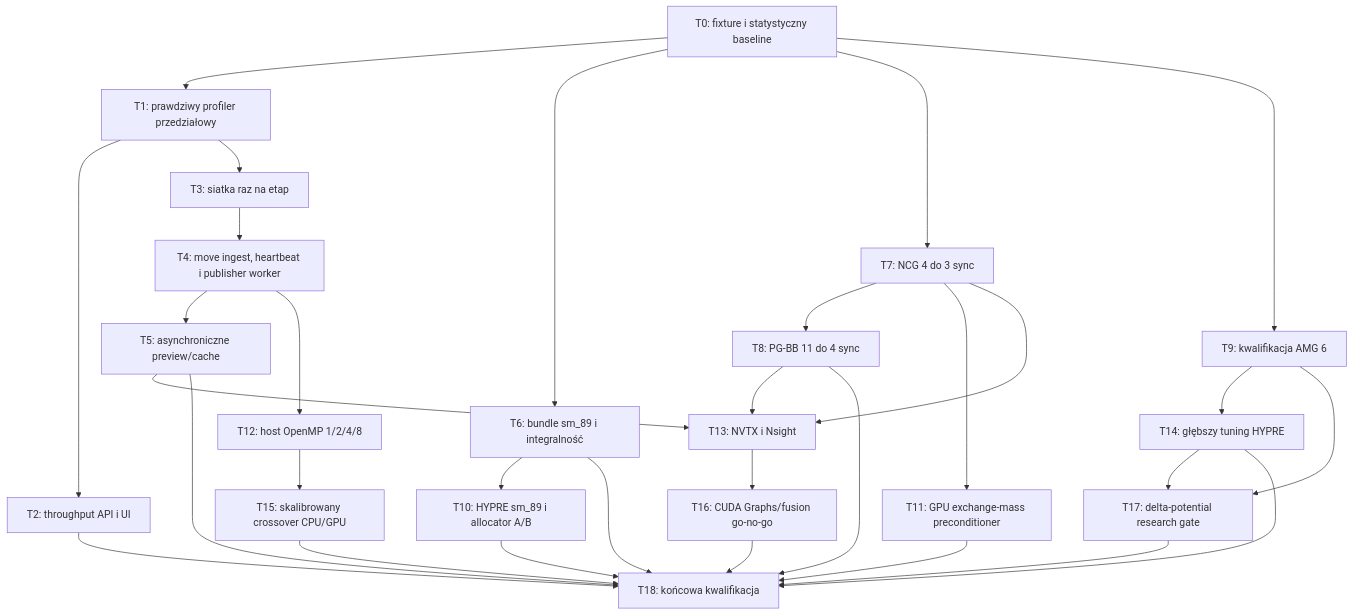
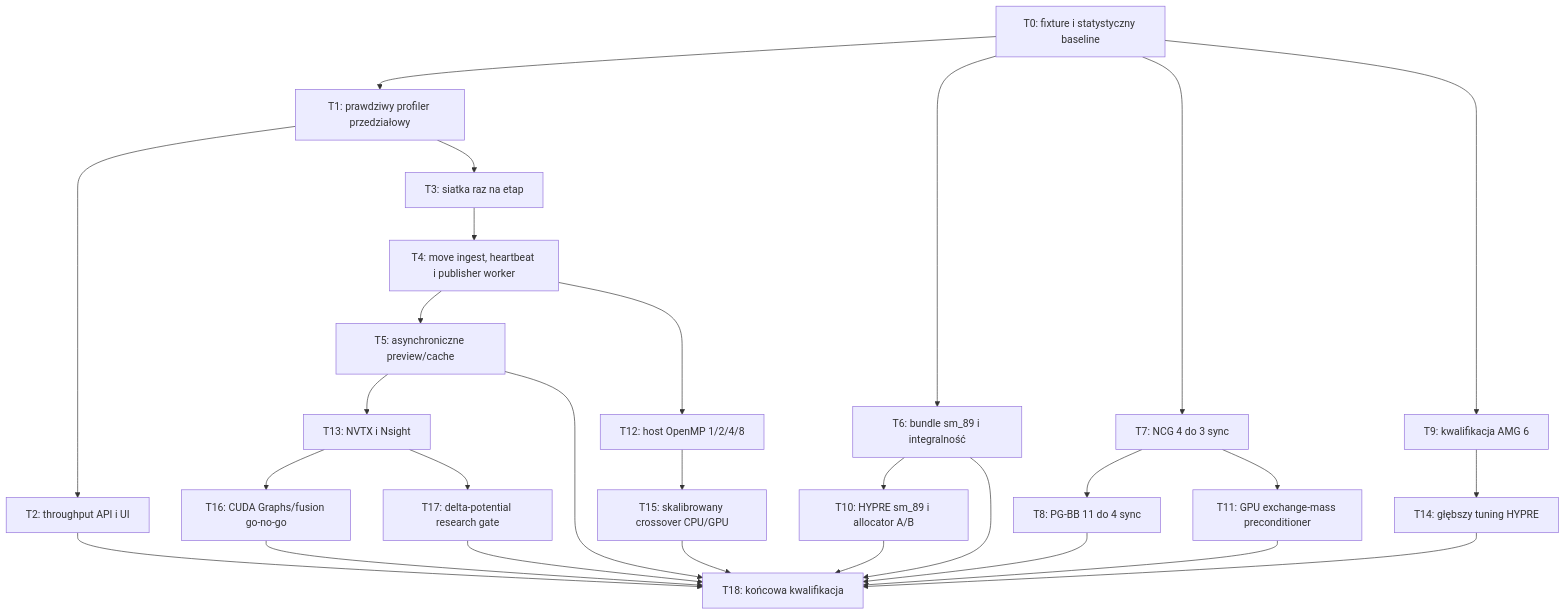
The diagram in docs/superpowers/plans/2026-07-20-fem-gpu-end-to-end-performance-remediation.md (MateuszZelent/fullmag), drawn with Mermaid before and after one commit. The commit also changed other lines of this file and 9 other files, not shown here.

````diff
--- a/docs/superpowers/plans/2026-07-20-fem-gpu-end-to-end-performance-remediation.md
+++ b/docs/superpowers/plans/2026-07-20-fem-gpu-end-to-end-performance-remediation.md
@@ -75,33 +71,30 @@
 ```mermaid
 flowchart TD
   T0["T0: fixture i statystyczny baseline"] --> T1["T1: prawdziwy profiler przedziałowy"]
   T1 --> T2["T2: throughput API i UI"]
   T1 --> T3["T3: siatka raz na etap"]
   T3 --> T4["T4: move ingest, heartbeat i publisher worker"]
   T4 --> T5["T5: asynchroniczne preview/cache"]
   T0 --> T6["T6: bundle sm_89 i integralność"]
   T0 --> T7["T7: NCG 4 do 3 sync"]
   T7 --> T8["T8: PG-BB 11 do 4 sync"]
   T0 --> T9["T9: kwalifikacja AMG 6"]
   T6 --> T10["T10: HYPRE sm_89 i allocator A/B"]
   T7 --> T11["T11: GPU exchange-mass preconditioner"]
   T4 --> T12["T12: host OpenMP 1/2/4/8"]
   T5 --> T13["T13: NVTX i Nsight"]
-  T7 --> T13
-  T8 --> T13
   T9 --> T14["T14: głębszy tuning HYPRE"]
   T12 --> T15["T15: skalibrowany crossover CPU/GPU"]
   T13 --> T16["T16: CUDA Graphs/fusion go-no-go"]
-  T9 --> T17["T17: delta-potential research gate"]
-  T14 --> T17
+  T13 --> T17["T17: delta-potential research gate"]
   T2 --> T18["T18: końcowa kwalifikacja"]
   T5 --> T18
   T6 --> T18
   T8 --> T18
   T10 --> T18
   T11 --> T18
   T14 --> T18
   T15 --> T18
   T16 --> T18
   T17 --> T18
 ```
````
